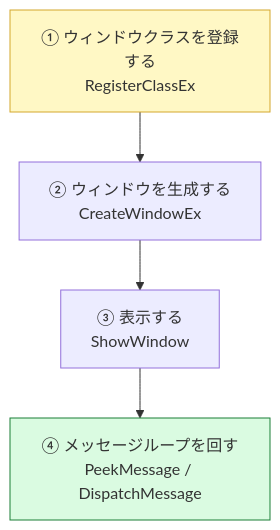
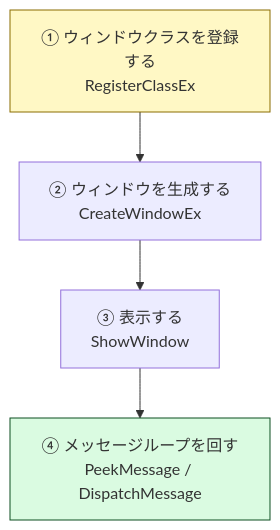
The first of 3 diagrams in docs/tutorial/02_ウィンドウを作る.md (Tomonorarari-Think/DirectX12Dev), drawn with Mermaid before and after one commit. The commit also changed other lines of this file and 24 other files, not shown here.

First line of the commit message:
fix: 図の配色を見直し、コントラスト比を 7:1 以上に引き上げる

````diff
--- a/docs/tutorial/02_ウィンドウを作る.md
+++ b/docs/tutorial/02_ウィンドウを作る.md
@@ -15,9 +15,9 @@
 ```mermaid
 flowchart TD
     A["① ウィンドウクラスを登録する<br/>RegisterClassEx"] --> B["② ウィンドウを生成する<br/>CreateWindowEx"]
     B --> C["③ 表示する<br/>ShowWindow"]
     C --> D["④ メッセージループを回す<br/>PeekMessage / DispatchMessage"]
 
-    style A fill:#fff8c5,stroke:#d4a72c
-    style D fill:#dafbe1,stroke:#1a7f37
+    style A fill:#fff8c5,stroke:#8a6d00
+    style D fill:#dafbe1,stroke:#0d4f21
 ```
````
